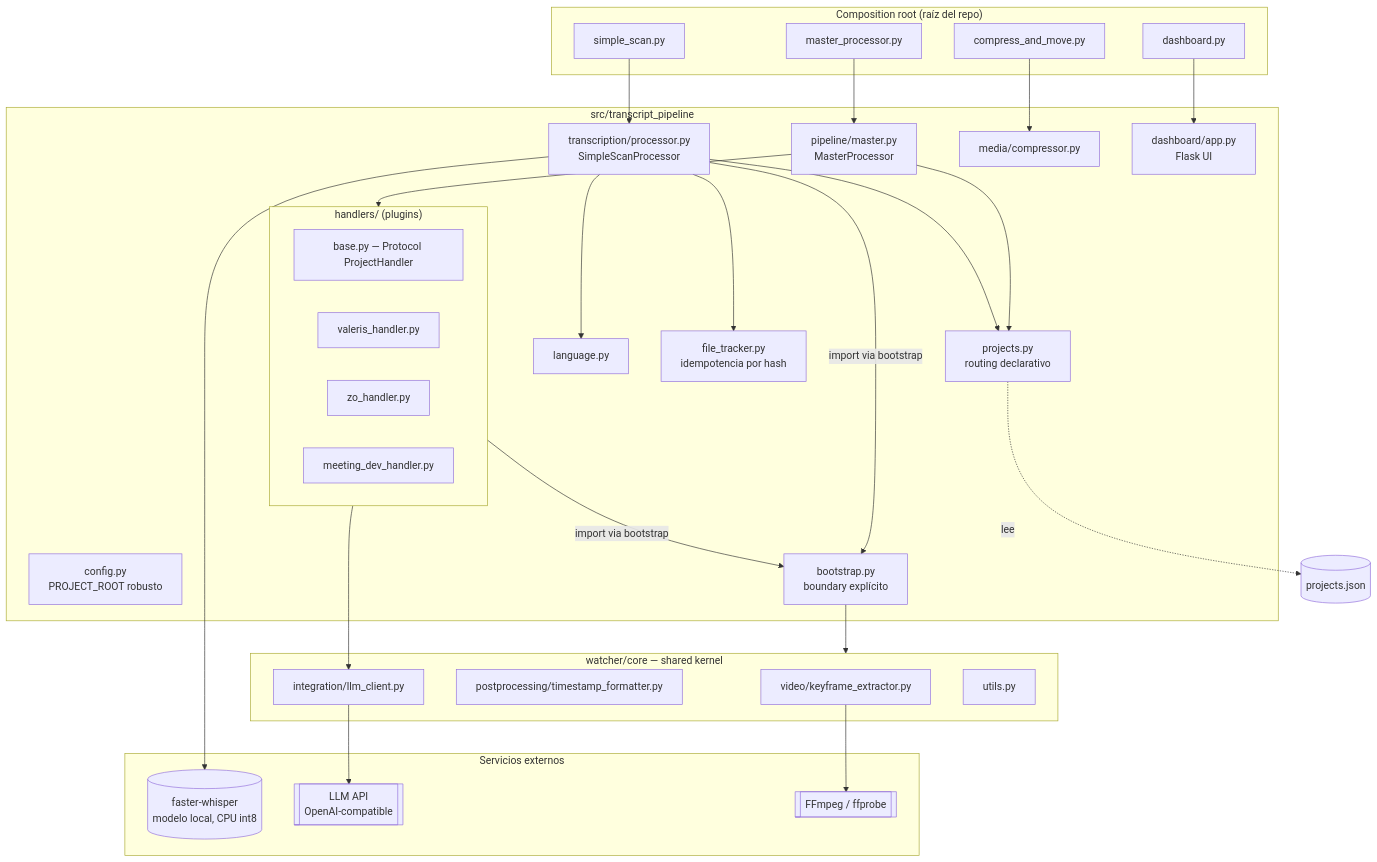
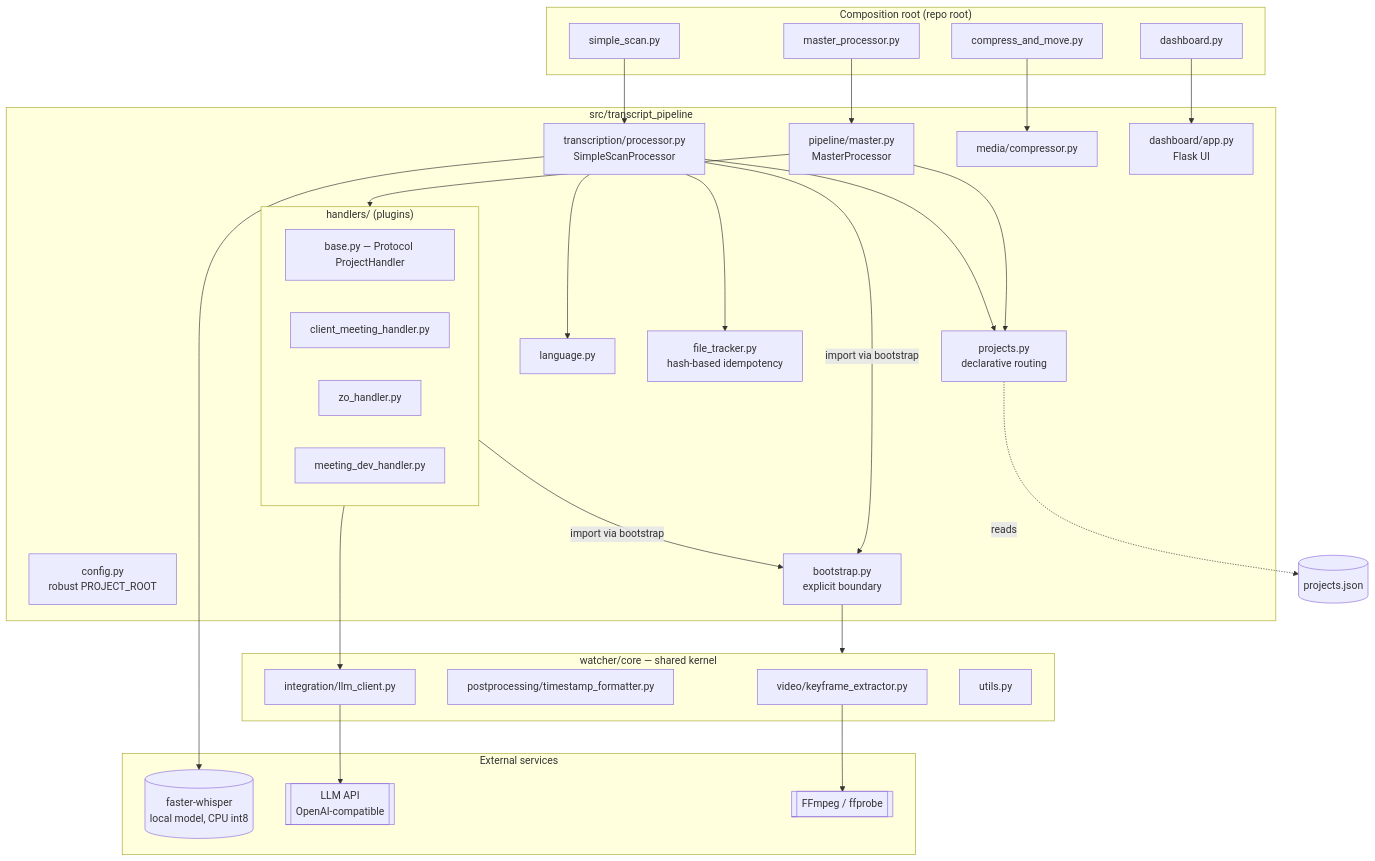
The diagram in README.md (jagzao/zo_whisper2), drawn with Mermaid before and after one commit. The commit also changed other lines of this file and 26 other files, not shown here.

````diff
--- a/README.md
+++ b/README.md
@@ -9,63 +9,63 @@
 ```mermaid
 flowchart TB
-    subgraph CR["Composition root (raíz del repo)"]
+    subgraph CR["Composition root (repo root)"]
         M1[master_processor.py]
         M2[simple_scan.py]
         M3[compress_and_move.py]
         M4[dashboard.py]
     end
 
     subgraph PKG["src/transcript_pipeline"]
-        CFG[config.py<br/>PROJECT_ROOT robusto]
-        BOOT[bootstrap.py<br/>boundary explícito]
-        PROJ[projects.py<br/>routing declarativo]
+        CFG[config.py<br/>robust PROJECT_ROOT]
+        BOOT[bootstrap.py<br/>explicit boundary]
+        PROJ[projects.py<br/>declarative routing]
         LANG[language.py]
-        FT[file_tracker.py<br/>idempotencia por hash]
+        FT[file_tracker.py<br/>hash-based idempotency]
         TR[transcription/processor.py<br/>SimpleScanProcessor]
         MA[pipeline/master.py<br/>MasterProcessor]
         MED[media/compressor.py]
         DASH[dashboard/app.py<br/>Flask UI]
         subgraph HAND["handlers/ (plugins)"]
             HB[base.py — Protocol ProjectHandler]
-            H1[valeris_handler.py]
+            H1[client_meeting_handler.py]
             H2[zo_handler.py]
             H3[meeting_dev_handler.py]
         end
     end
 
     subgraph SK["watcher/core — shared kernel"]
         KF[video/keyframe_extractor.py]
         TS[postprocessing/timestamp_formatter.py]
         LLM[integration/llm_client.py]
         UT[utils.py]
     end
 
-    subgraph EXT["Servicios externos"]
-        FW[(faster-whisper<br/>modelo local, CPU int8)]
+    subgraph EXT["External services"]
+        FW[(faster-whisper<br/>local model, CPU int8)]
         LLMAPI[[LLM API<br/>OpenAI-compatible]]
         FFMPEG[[FFmpeg / ffprobe]]
     end
 
     CFG_JSON[(projects.json)]
 
     M1 --> MA
     M2 --> TR
     M3 --> MED
     M4 --> DASH
 
     MA --> PROJ
     MA --> HAND
     TR --> FT
     TR --> LANG
     TR --> PROJ
-    PROJ -.lee.-> CFG_JSON
+    PROJ -.reads.-> CFG_JSON
 
     TR -->|import via bootstrap| BOOT
     HAND -->|import via bootstrap| BOOT
     BOOT --> SK
 
     TR --> FW
     KF --> FFMPEG
     LLM --> LLMAPI
     HAND --> LLM
 ```
````
